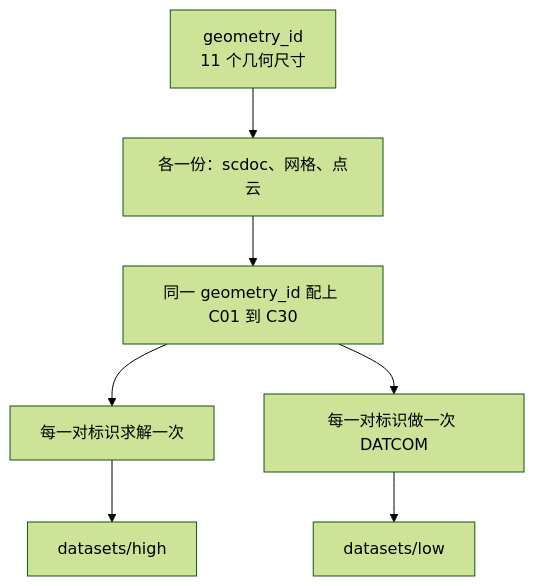
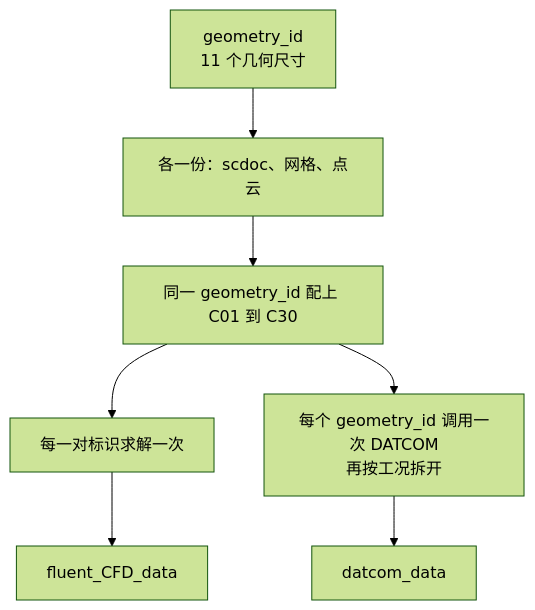
Before and after one commit to Chen-Xin-Yuan/AutoWorkflow-Spaceclaim-Fluent-ML: the second of 3 diagrams in myplan.md, drawn with Mermaid (forest theme). The commit also changed other lines of this file, not shown here.

````diff
--- a/myplan.md
+++ b/myplan.md
@@ -143,15 +151,15 @@
 ```mermaid
 flowchart TD
   geom["geometry_id<br/>11 个几何尺寸"]
   shared["各一份：scdoc、网格、点云"]
   cases["同一 geometry_id 配上 C01 到 C30"]
   hq["每一对标识求解一次"]
-  lq["每一对标识做一次 DATCOM"]
+  lq["每个 geometry_id 调用一次 DATCOM<br/>再按工况拆开"]
 
   geom --> shared
   shared --> cases
   cases --> hq
   cases --> lq
-  hq --> high["datasets/high"]
-  lq --> low["datasets/low"]
+  hq --> high["fluent_CFD_data"]
+  lq --> low["datcom_data"]
 ```
````
